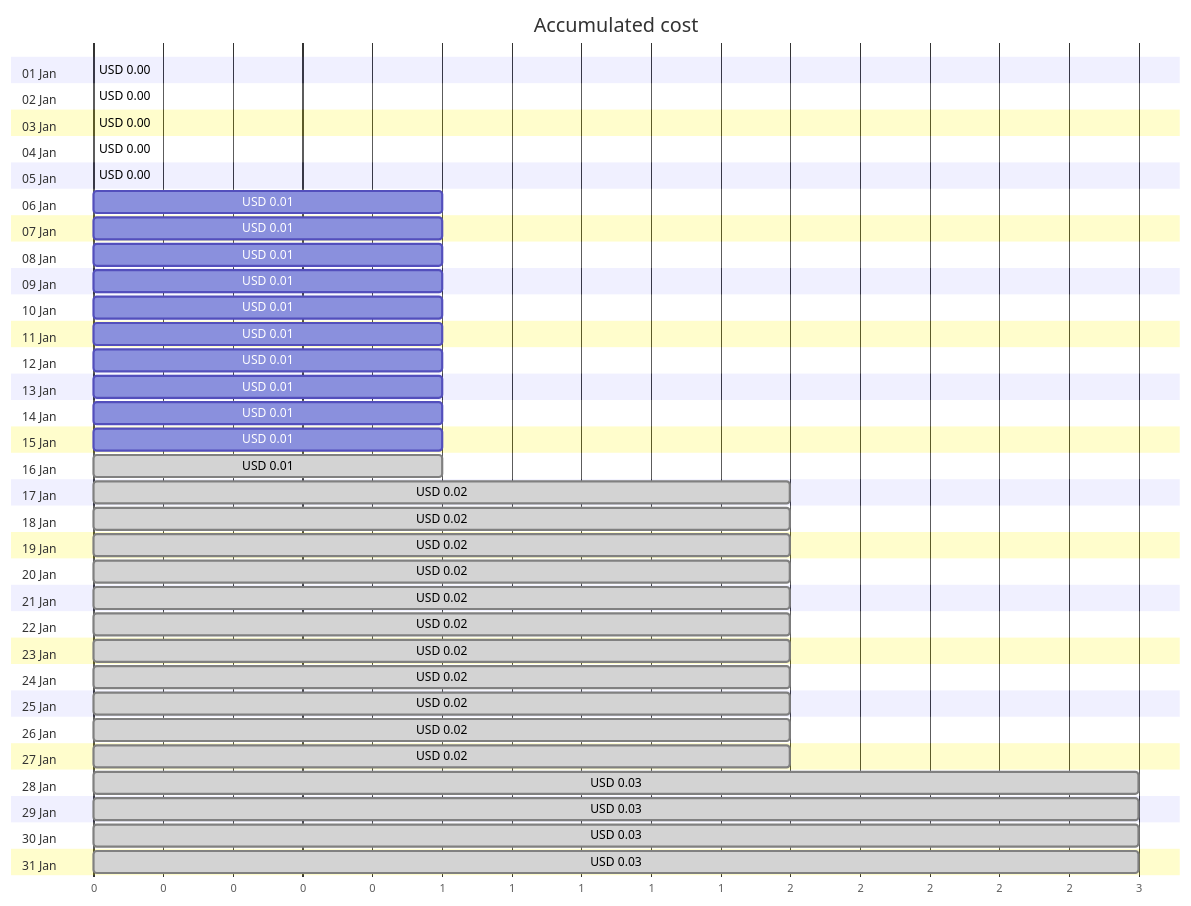
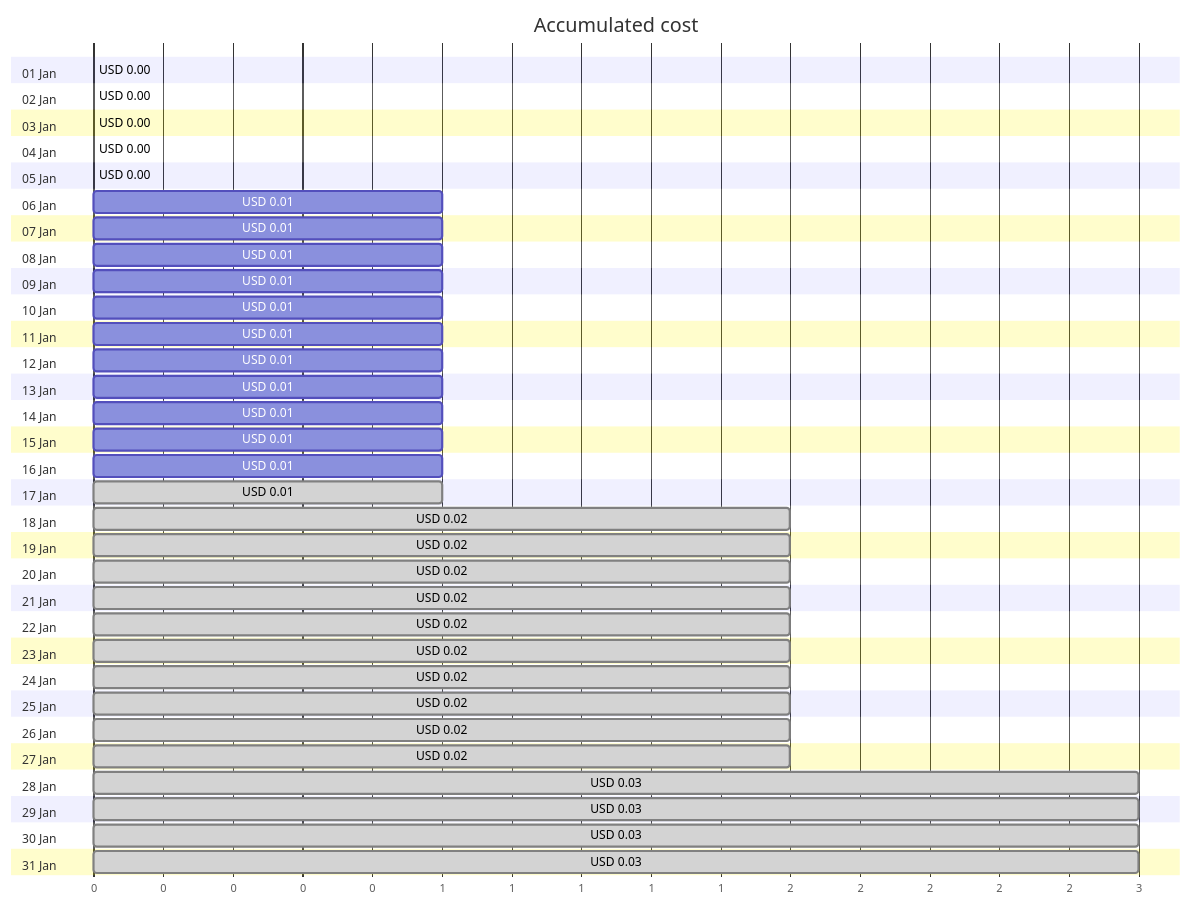
Before and after one commit to jpfulton/azure-personal-reports: the first of 4 diagrams in cost-reports/personal-site/personalsiteapipreview.md, drawn with Mermaid. The commit also changed other lines of this file and 6 other files, not shown here.

````diff
--- a/cost-reports/personal-site/personalsiteapipreview.md
+++ b/cost-reports/personal-site/personalsiteapipreview.md
@@ -20,68 +20,68 @@
 ```mermaid
 gantt
    title Accumulated cost
    dateFormat  X
    axisFormat %s
    section 01 Jan
    USD 0.00 :0, 0
    section 02 Jan
    USD 0.00 :0, 0
    section 03 Jan
    USD 0.00 :0, 0
    section 04 Jan
    USD 0.00 :0, 0
    section 05 Jan
    USD 0.00 :0, 0
    section 06 Jan
    USD 0.01 :0, 1
    section 07 Jan
    USD 0.01 :0, 1
    section 08 Jan
    USD 0.01 :0, 1
    section 09 Jan
    USD 0.01 :0, 1
    section 10 Jan
    USD 0.01 :0, 1
    section 11 Jan
    USD 0.01 :0, 1
    section 12 Jan
    USD 0.01 :0, 1
    section 13 Jan
    USD 0.01 :0, 1
    section 14 Jan
    USD 0.01 :0, 1
    section 15 Jan
    USD 0.01 :0, 1
    section 16 Jan
+   USD 0.01 :0, 1
+   section 17 Jan
    USD 0.01 : done, 0, 1
-   section 17 Jan
-   USD 0.02 : done, 0, 2
    section 18 Jan
    USD 0.02 : done, 0, 2
    section 19 Jan
    USD 0.02 : done, 0, 2
    section 20 Jan
    USD 0.02 : done, 0, 2
    section 21 Jan
    USD 0.02 : done, 0, 2
    section 22 Jan
    USD 0.02 : done, 0, 2
    section 23 Jan
    USD 0.02 : done, 0, 2
    section 24 Jan
    USD 0.02 : done, 0, 2
    section 25 Jan
    USD 0.02 : done, 0, 2
    section 26 Jan
    USD 0.02 : done, 0, 2
    section 27 Jan
    USD 0.02 : done, 0, 2
    section 28 Jan
    USD 0.03 : done, 0, 3
    section 29 Jan
    USD 0.03 : done, 0, 3
    section 30 Jan
    USD 0.03 : done, 0, 3
    section 31 Jan
    USD 0.03 : done, 0, 3
 ```
````
